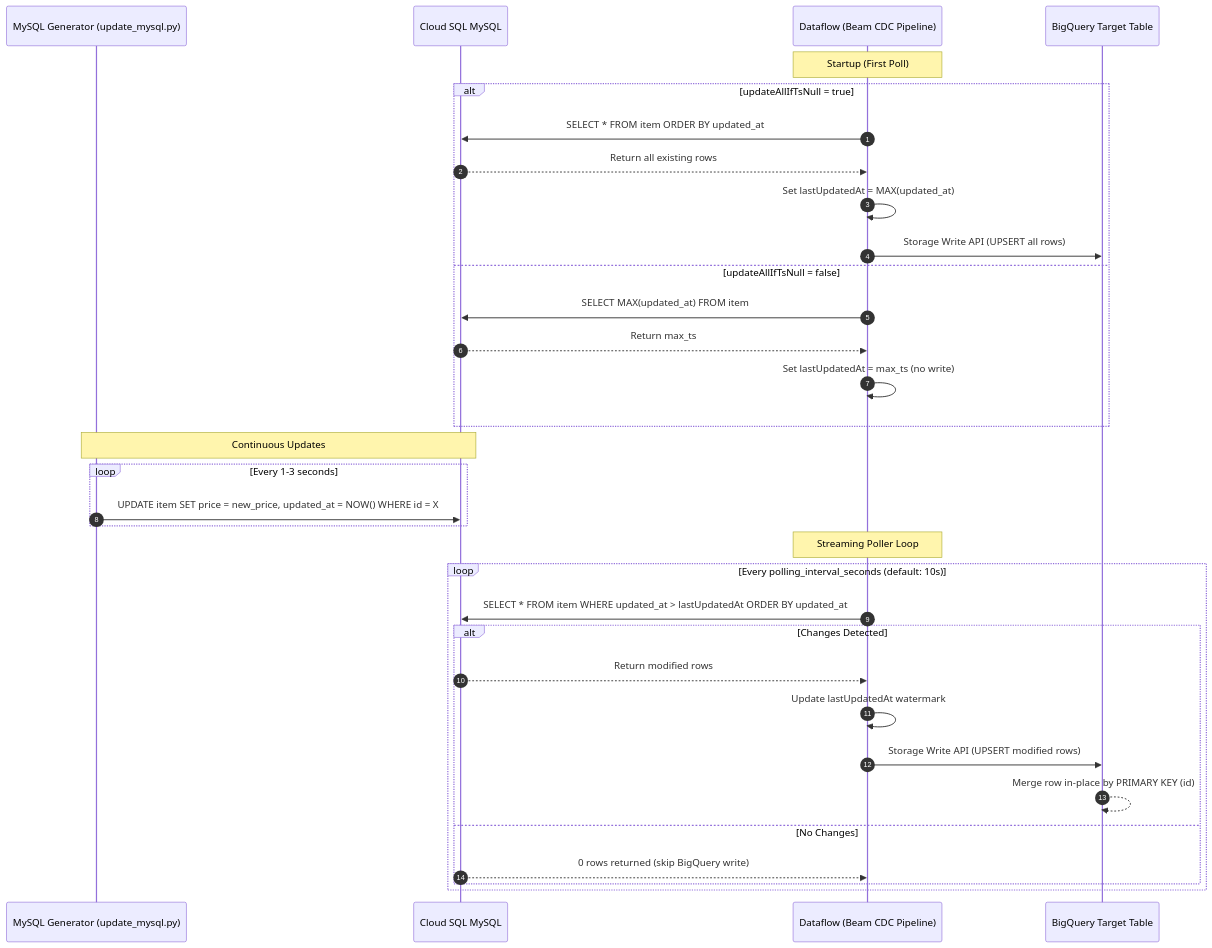
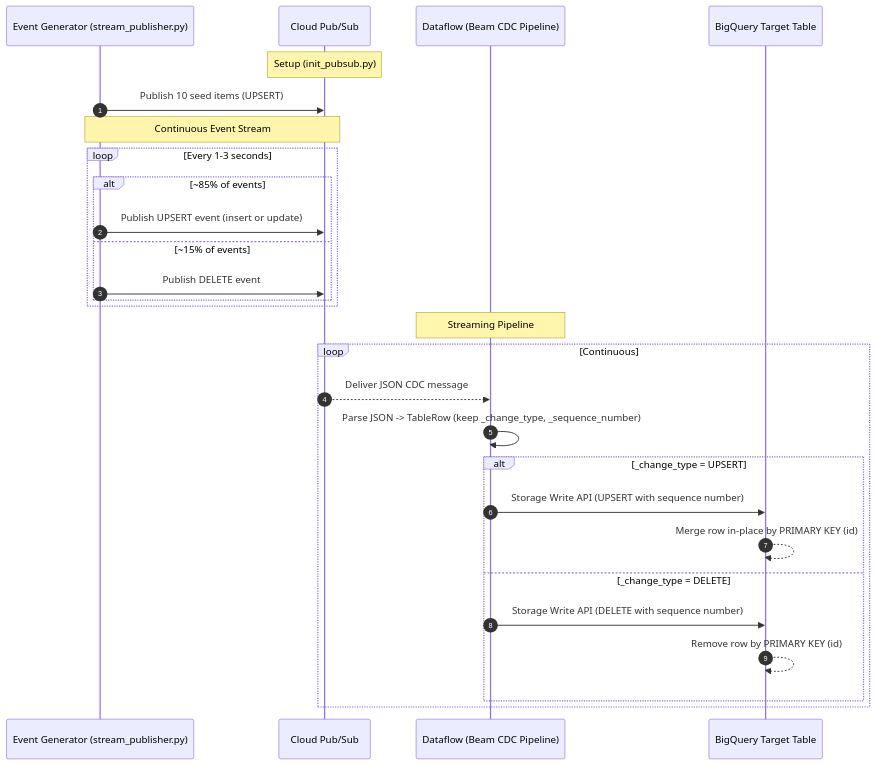
One commit to cloudymoma/bqcdc changed the second of 2 diagrams in README.md. Above: the diagram before and after it, drawn with Mermaid. The commit also changed other lines of this file and 15 other files, not shown here.

Commit message:
feat: initial checkin for Pubsub to BigQuery Demo

````diff
--- a/README.md
+++ b/README.md
@@ -42,38 +44,33 @@
 ```mermaid
 sequenceDiagram
     autonumber
-    participant App as MySQL Generator (update_mysql.py)
-    participant DB as Cloud SQL MySQL
+    participant App as Event Generator (stream_publisher.py)
+    participant PS as Cloud Pub/Sub
     participant DF as Dataflow (Beam CDC Pipeline)
     participant BQ as BigQuery Target Table
 
-    Note over DF: Startup (First Poll)
-    alt updateAllIfTsNull = true
-        DF->>DB: SELECT * FROM item ORDER BY updated_at
-        DB-->>DF: Return all existing rows
-        DF->>DF: Set lastUpdatedAt = MAX(updated_at)
-        DF->>BQ: Storage Write API (UPSERT all rows)
-    else updateAllIfTsNull = false
-        DF->>DB: SELECT MAX(updated_at) FROM item
-        DB-->>DF: Return max_ts
-        DF->>DF: Set lastUpdatedAt = max_ts (no write)
+    Note over PS: Setup (init_pubsub.py)
+    App->>PS: Publish 10 seed items (UPSERT)
+
+    Note over App,PS: Continuous Event Stream
+    loop Every 1-3 seconds
+        alt ~85% of events
+            App->>PS: Publish UPSERT event (insert or update)
+        else ~15% of events
+            App->>PS: Publish DELETE event
+        end
     end
 
-    Note over App,DB: Continuous Updates
-    loop Every 1-3 seconds
-        App->>DB: UPDATE item SET price = new_price, updated_at = NOW() WHERE id = X
-    end
-
-    Note over DF: Streaming Poller Loop
-    loop Every polling_interval_seconds (default: 10s)
-        DF->>DB: SELECT * FROM item WHERE updated_at > lastUpdatedAt ORDER BY updated_at
-        alt Changes Detected
-            DB-->>DF: Return modified rows
-            DF->>DF: Update lastUpdatedAt watermark
-            DF->>BQ: Storage Write API (UPSERT modified rows)
+    Note over DF: Streaming Pipeline
+    loop Continuous
+        PS-->>DF: Deliver JSON CDC message
+        DF->>DF: Parse JSON -> TableRow (keep _change_type, _sequence_number)
+        alt _change_type = UPSERT
+            DF->>BQ: Storage Write API (UPSERT with sequence number)
             BQ-->>BQ: Merge row in-place by PRIMARY KEY (id)
-        else No Changes
-            DB-->>DF: 0 rows returned (skip BigQuery write)
+        else _change_type = DELETE
+            DF->>BQ: Storage Write API (DELETE with sequence number)
+            BQ-->>BQ: Remove row by PRIMARY KEY (id)
         end
     end
 ```
````
